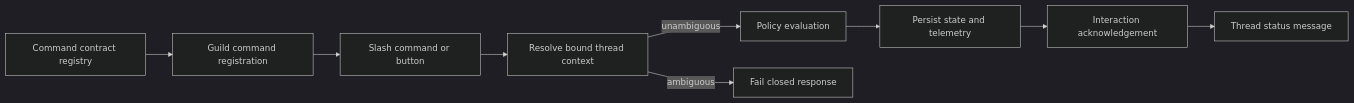
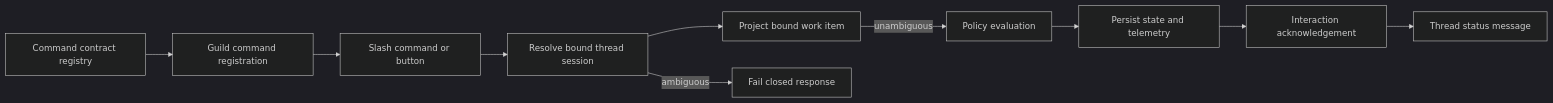
Before and after one commit to VannaDii/ironloom: the diagram in packages/discord/README.md, drawn with Mermaid (dark theme). The commit also changed other lines of this file and 17 other files, not shown here.

Commit message:
feat: resolve discord bound work items

````diff
--- a/packages/discord/README.md
+++ b/packages/discord/README.md
@@ -18,11 +19,12 @@
 ```mermaid
 flowchart LR
   Contract[Command contract registry] --> Register[Guild command registration]
   Register --> Command[Slash command or button]
-  Command --> Binding[Resolve bound thread context]
-  Binding -->|unambiguous| Policy[Policy evaluation]
+  Command --> Binding[Resolve bound thread session]
+  Binding --> WorkItem[Project bound work item]
+  WorkItem -->|unambiguous| Policy[Policy evaluation]
   Binding -->|ambiguous| Deny[Fail closed response]
   Policy --> State[Persist state and telemetry]
   State --> Response[Interaction acknowledgement]
   Response --> Thread[Thread status message]
 ```
````
